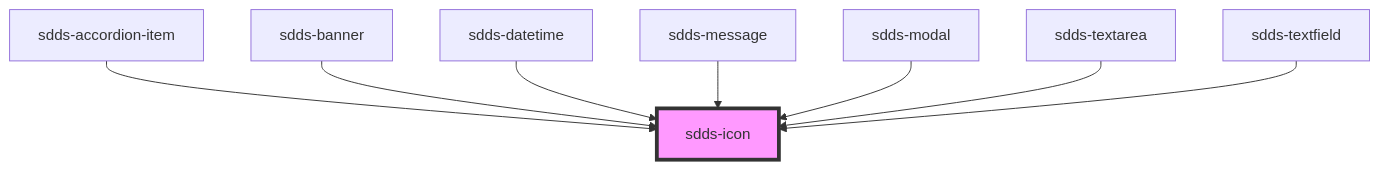
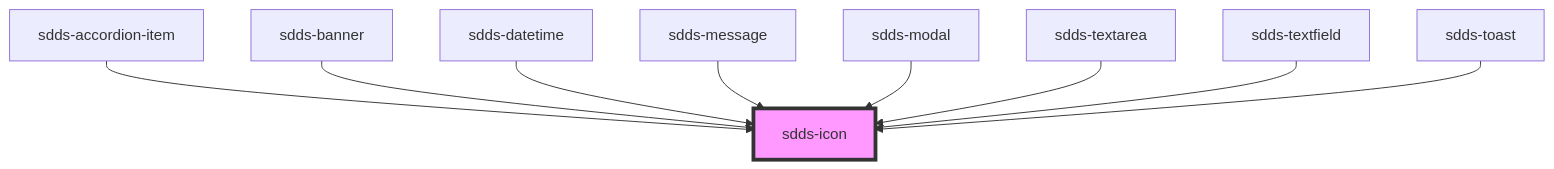
One commit to scania-digital-design-system/sdds changed the diagram in tegel/src/components/icon/readme.md. Above: the diagram before and after it, drawn with Mermaid. The commit also changed other lines of this file and 6 other files, not shown here.

````diff
--- a/tegel/src/components/icon/readme.md
+++ b/tegel/src/components/icon/readme.md
@@ -29,11 +30,12 @@
 ```mermaid
 graph TD;
   sdds-accordion-item --> sdds-icon
   sdds-banner --> sdds-icon
   sdds-datetime --> sdds-icon
   sdds-message --> sdds-icon
   sdds-modal --> sdds-icon
   sdds-textarea --> sdds-icon
   sdds-textfield --> sdds-icon
+  sdds-toast --> sdds-icon
   style sdds-icon fill:#f9f,stroke:#333,stroke-width:4px
 ```
````
